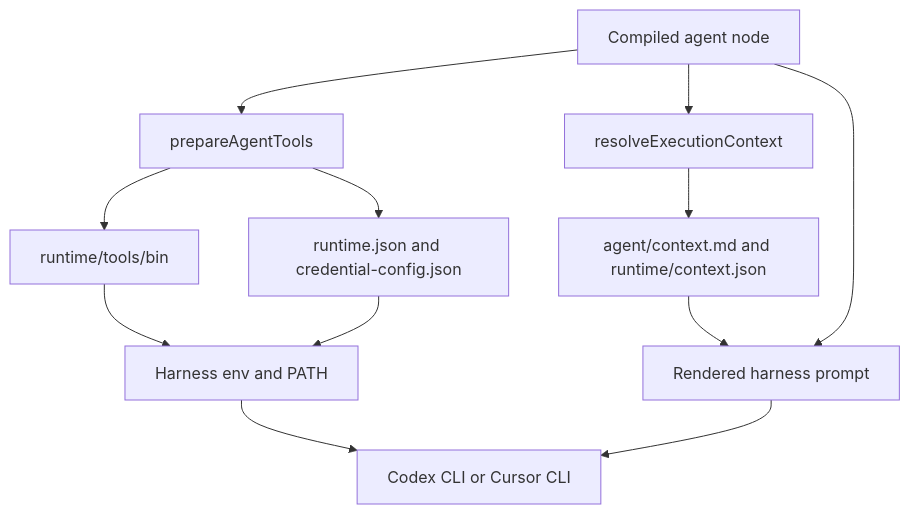
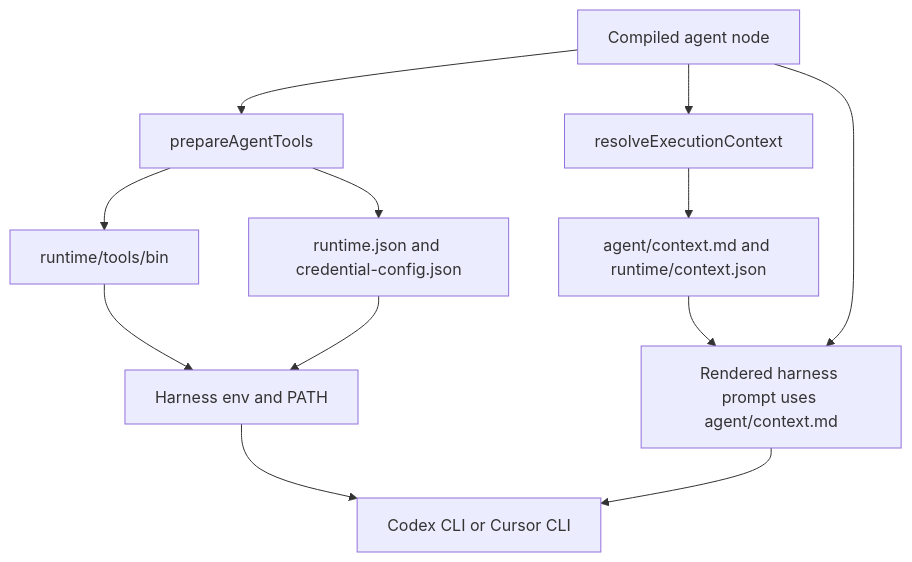
One commit to koji98/agentflow changed the first of 3 diagrams in docs/technical/runtime-tooling.md. Above: the diagram before and after it, drawn with Mermaid. The commit also changed 18 other files, not shown here.

````diff
--- a/docs/technical/runtime-tooling.md
+++ b/docs/technical/runtime-tooling.md
@@ -9,14 +9,14 @@
 ```mermaid
 flowchart TD
   compiled["Compiled agent node"] --> setup["prepareAgentTools"]
   compiled --> context["resolveExecutionContext"]
   setup --> bin["runtime/tools/bin"]
   setup --> metadata["runtime.json and credential-config.json"]
   context --> packet["agent/context.md and runtime/context.json"]
   bin --> env["Harness env and PATH"]
   metadata --> env
-  packet --> prompt["Rendered harness prompt"]
+  packet --> prompt["Rendered harness prompt uses agent/context.md"]
   compiled --> prompt
   env --> harness["Codex CLI or Cursor CLI"]
   prompt --> harness
 ```
````
